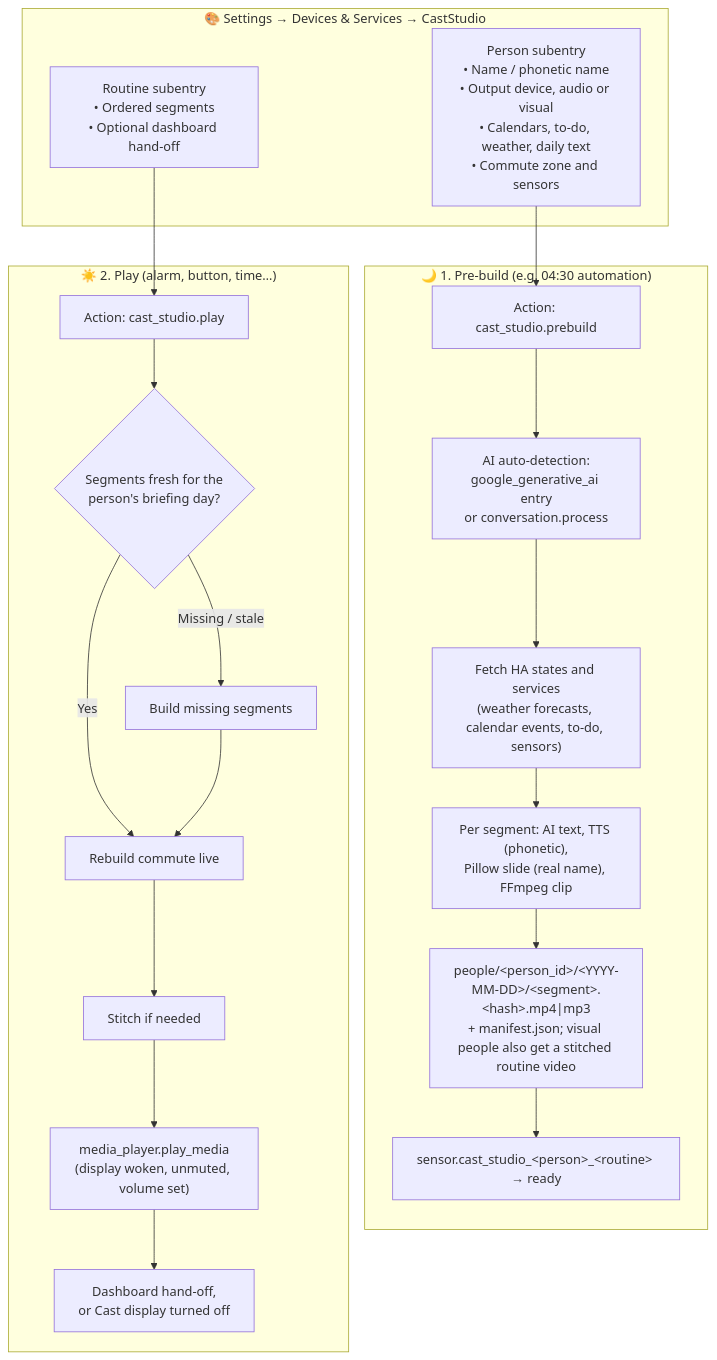
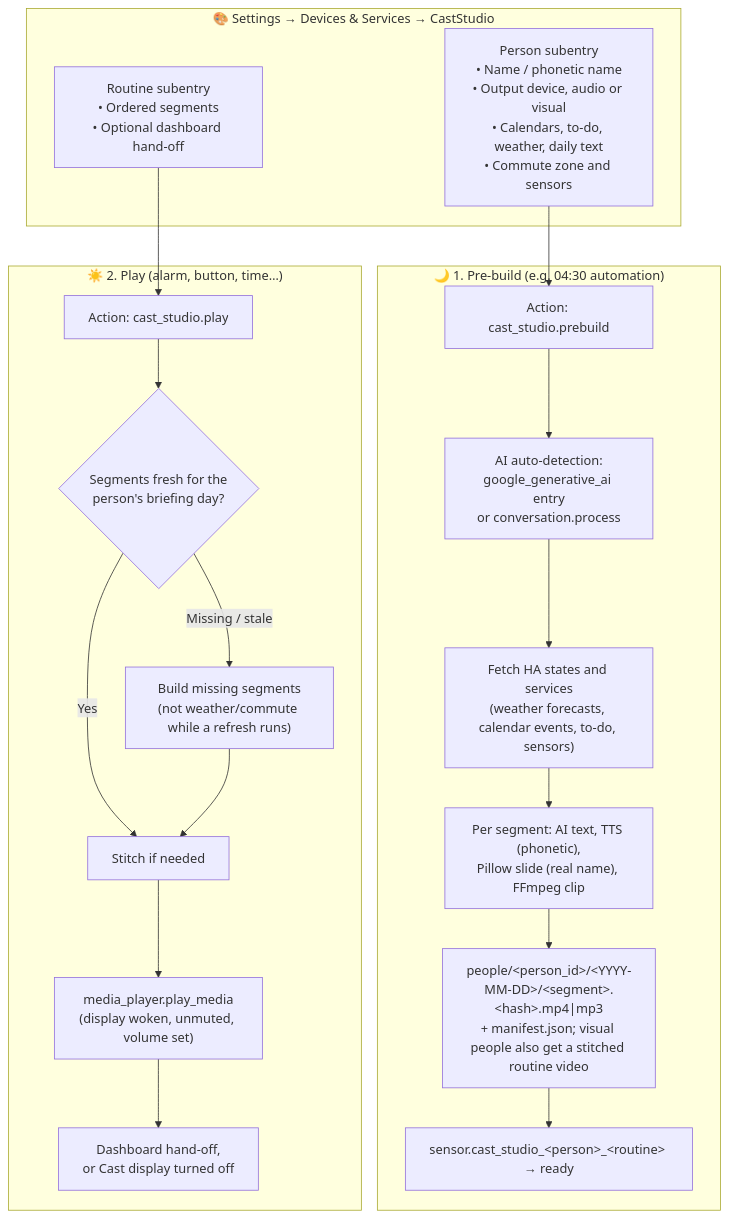
The diagram in SPEC.md (javand/ha-cast-studio), drawn with Mermaid before and after one commit. The commit also changed other lines of this file and 16 other files, not shown here.

First line of the commit message:
feat: cast_studio.refresh for weather and commute (#7)

````diff
--- a/SPEC.md
+++ b/SPEC.md
@@ -27,26 +27,26 @@
 ```mermaid
 flowchart TD
     subgraph UI["🎨 Settings → Devices & Services → CastStudio"]
         P["Person subentry<br/>• Name / phonetic name<br/>• Output device, audio or visual<br/>• Calendars, to-do, weather, daily text<br/>• Commute zone and sensors"]
         R["Routine subentry<br/>• Ordered segments<br/>• Optional dashboard hand-off"]
     end
 
     subgraph Overnight["🌙 1. Pre-build (e.g. 04:30 automation)"]
         S1["Action: cast_studio.prebuild"] --> AutoAI["AI auto-detection:<br/>google_generative_ai entry<br/>or conversation.process"]
         AutoAI --> Data["Fetch HA states and services<br/>(weather forecasts, calendar events, to-do, sensors)"]
         Data --> Render["Per segment: AI text, TTS (phonetic),<br/>Pillow slide (real name), FFmpeg clip"]
         Render --> Disk["people/&lt;person_id&gt;/&lt;YYYY-MM-DD&gt;/&lt;segment&gt;.&lt;hash&gt;.mp4|mp3<br/>+ manifest.json; visual people also get a stitched routine video"]
         Disk --> Sensor["sensor.cast_studio_&lt;person&gt;_&lt;routine&gt; → ready"]
     end
 
     subgraph Wakeup["☀️ 2. Play (alarm, button, time…)"]
         S2["Action: cast_studio.play"] --> Fresh{"Segments fresh for the<br/>person's briefing day?"}
-        Fresh -->|Yes| Live["Rebuild commute live"]
-        Fresh -->|Missing / stale| Build["Build missing segments"] --> Live
-        Live --> Stitch["Stitch if needed"] --> Cast["media_player.play_media<br/>(display woken, unmuted, volume set)"]
+        Fresh -->|Yes| Stitch
+        Fresh -->|Missing / stale| Build["Build missing segments<br/>(not weather/commute while a refresh runs)"] --> Stitch
+        Stitch["Stitch if needed"] --> Cast["media_player.play_media<br/>(display woken, unmuted, volume set)"]
         Cast --> End["Dashboard hand-off,<br/>or Cast display turned off"]
     end
 
     P --> S1
     R --> S2
 ```
````
